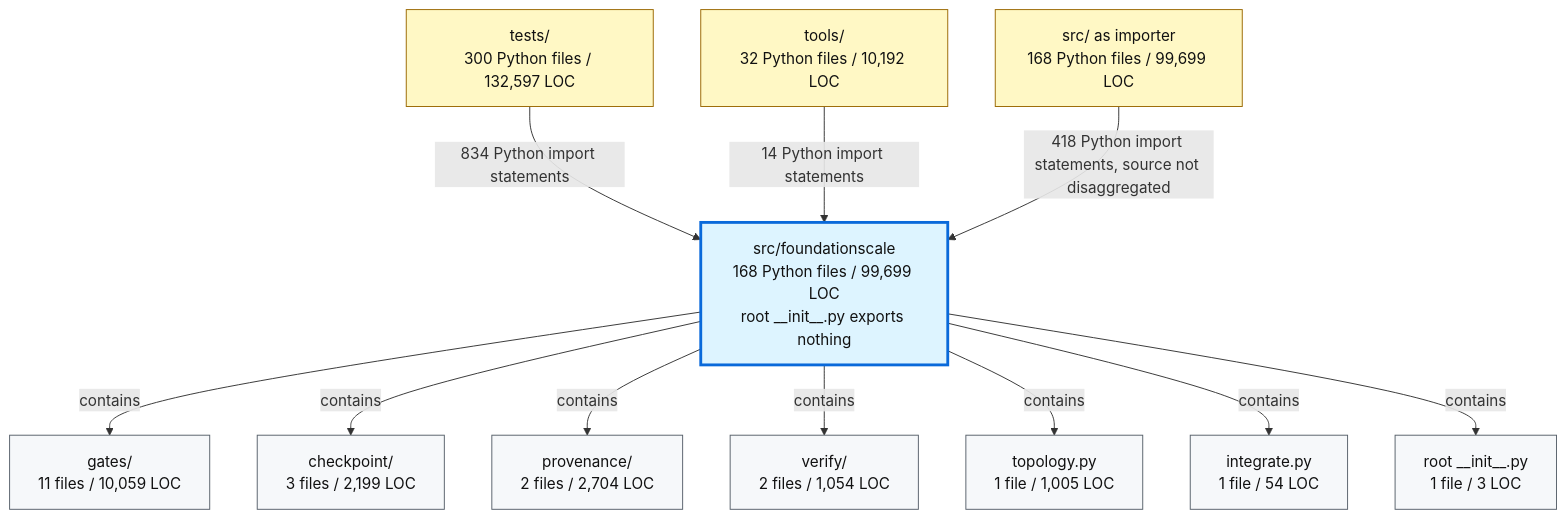
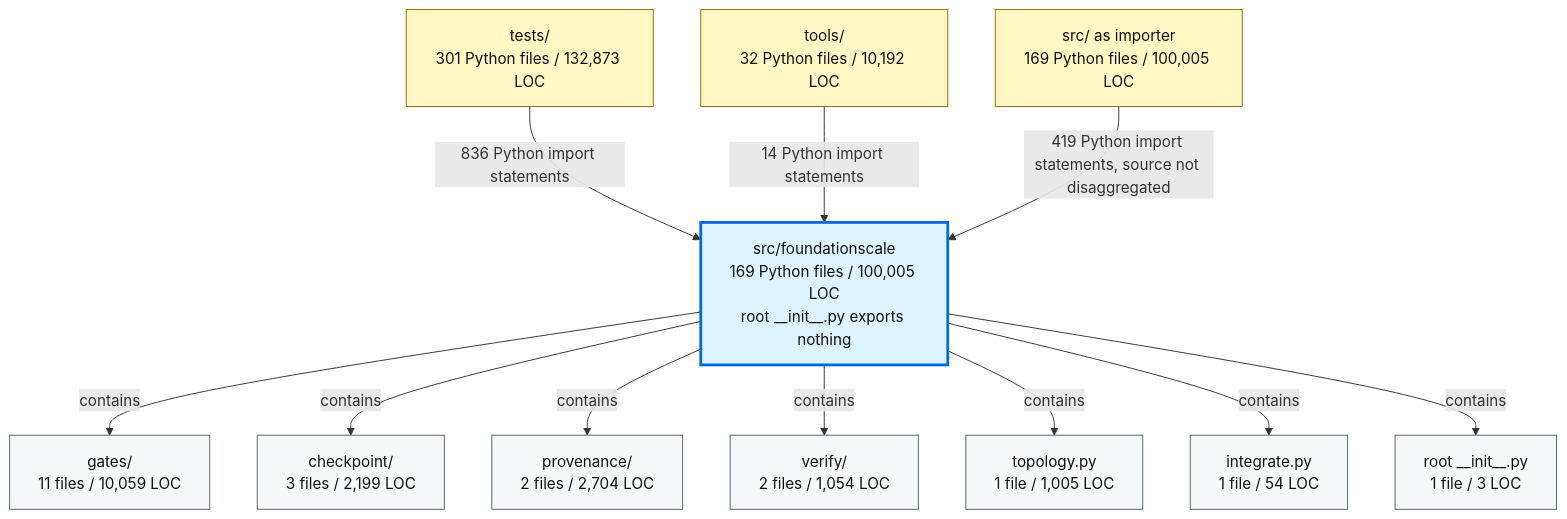
The second of 2 diagrams in docs/review/D2_current_architecture.md (TranNhiem/FoundationScale), drawn with Mermaid before and after one commit. The commit also changed other lines of this file and 10 other files, not shown here.

````diff
--- a/docs/review/D2_current_architecture.md
+++ b/docs/review/D2_current_architecture.md
@@ -97,36 +97,36 @@
 ```mermaid
 flowchart TB
-  TESTS["tests/<br/>300 Python files / 132,597 LOC"]
+  TESTS["tests/<br/>301 Python files / 132,873 LOC"]
   TOOLS["tools/<br/>32 Python files / 10,192 LOC"]
-  SRC["src/ as importer<br/>168 Python files / 99,699 LOC"]
+  SRC["src/ as importer<br/>169 Python files / 100,005 LOC"]
 
-  FS["src/foundationscale<br/>168 Python files / 99,699 LOC<br/>root __init__.py exports nothing"]
+  FS["src/foundationscale<br/>169 Python files / 100,005 LOC<br/>root __init__.py exports nothing"]
 
   GATES["gates/<br/>11 files / 10,059 LOC"]
   CKPT["checkpoint/<br/>3 files / 2,199 LOC"]
   PROV["provenance/<br/>2 files / 2,704 LOC"]
   VERIFY["verify/<br/>2 files / 1,054 LOC"]
   TOPO["topology.py<br/>1 file / 1,005 LOC"]
   INTEG["integrate.py<br/>1 file / 54 LOC"]
   ROOT["root __init__.py<br/>1 file / 3 LOC"]
 
-  TESTS -->|"834 Python import statements"| FS
+  TESTS -->|"836 Python import statements"| FS
   TOOLS -->|"14 Python import statements"| FS
-  SRC -->|"418 Python import statements, source not disaggregated"| FS
+  SRC -->|"419 Python import statements, source not disaggregated"| FS
 
   FS -->|"contains"| GATES
   FS -->|"contains"| CKPT
   FS -->|"contains"| PROV
   FS -->|"contains"| VERIFY
   FS -->|"contains"| TOPO
   FS -->|"contains"| INTEG
   FS -->|"contains"| ROOT
 
   classDef consumer fill:#fff8c5,stroke:#9a6700,color:#111;
   classDef package fill:#ddf4ff,stroke:#0969da,stroke-width:3px,color:#111;
   classDef module fill:#f6f8fa,stroke:#57606a,color:#111;
 
   class TESTS,TOOLS,SRC consumer;
   class FS package;
   class GATES,CKPT,PROV,VERIFY,TOPO,INTEG,ROOT module;
 ```
````
